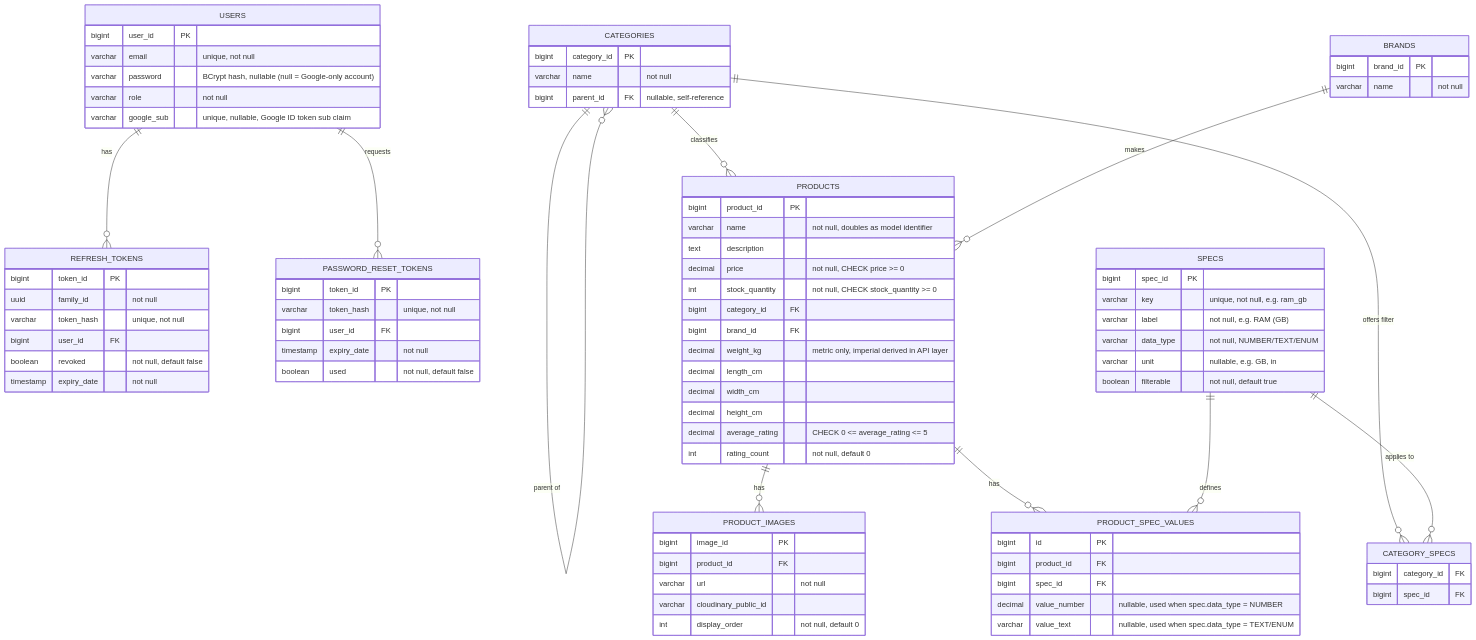
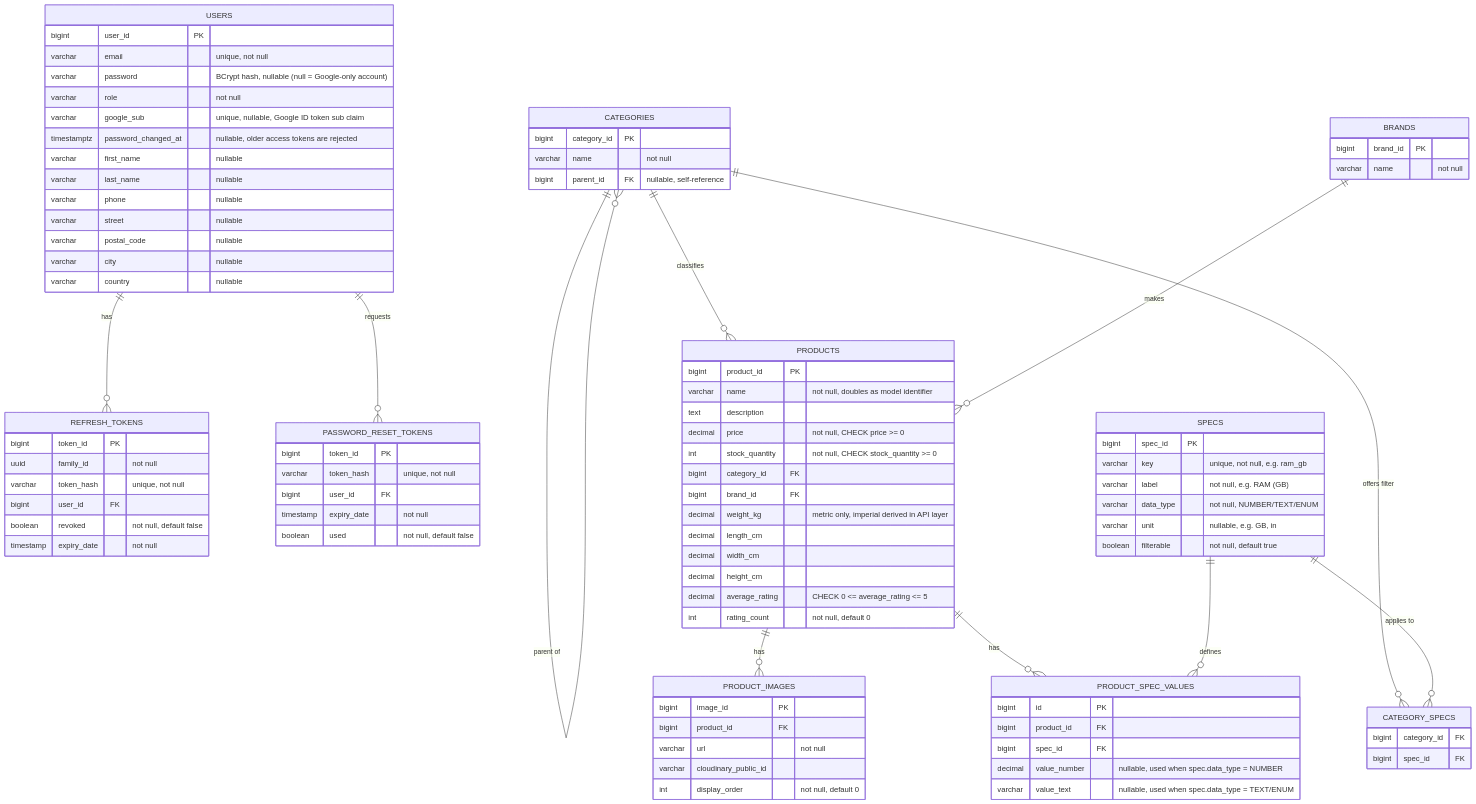
One commit to laurimusto/TechnixShop changed the diagram in ERD.md. Above: the diagram before and after it, drawn with Mermaid. The commit also changed other lines of this file and 41 other files, not shown here.

```diff
--- a/ERD.md
+++ b/ERD.md
@@ -20,6 +20,14 @@
         varchar password "BCrypt hash, nullable (null = Google-only account)"
         varchar role "not null"
         varchar google_sub "unique, nullable, Google ID token sub claim"
+        timestamptz password_changed_at "nullable, older access tokens are rejected"
+        varchar first_name "nullable"
+        varchar last_name "nullable"
+        varchar phone "nullable"
+        varchar street "nullable"
+        varchar postal_code "nullable"
+        varchar city "nullable"
+        varchar country "nullable"
     }
     REFRESH_TOKENS {
         bigint token_id PK
```
